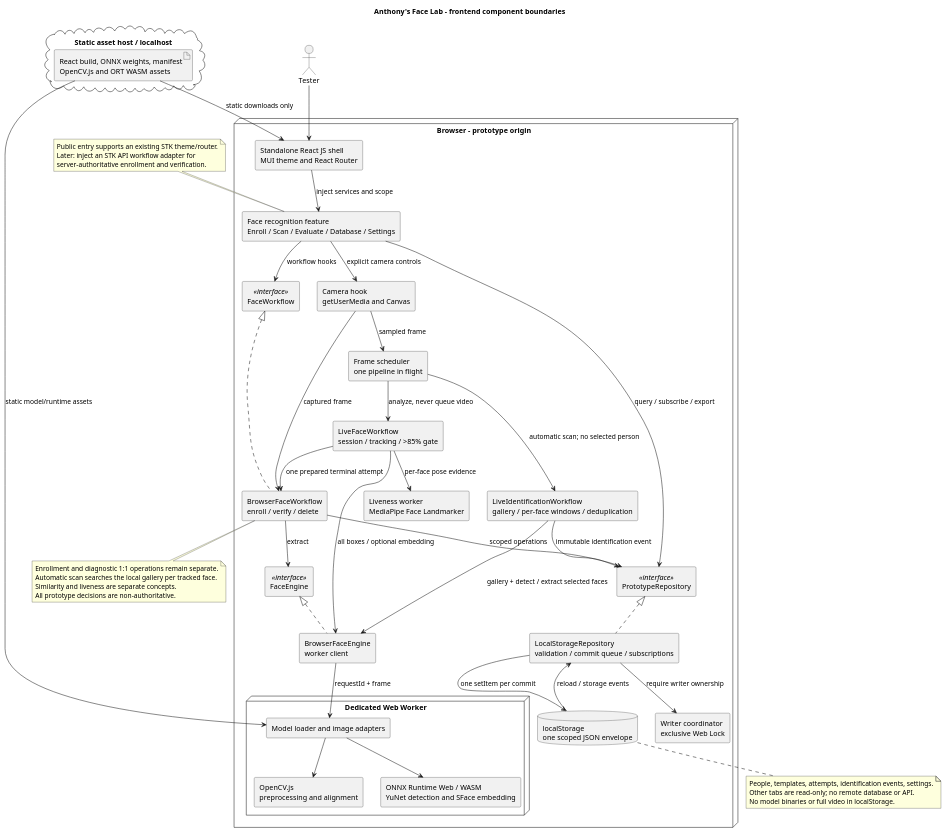
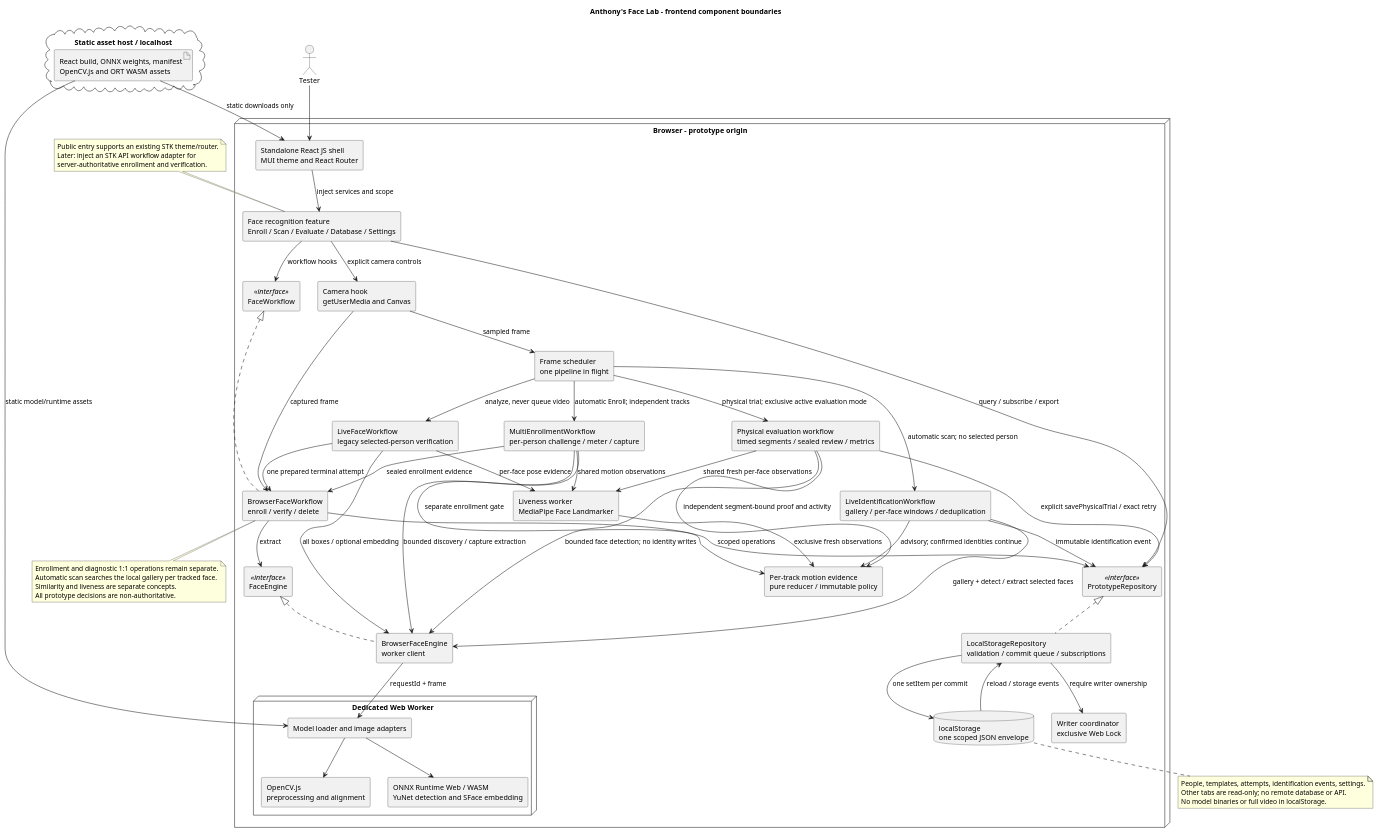
One commit to pixelDigitTony/face-recog-prototype changed the first of 18 diagrams in docs/STK_FACE_RECOGNITION_PROTOTYPE_UML.puml. Above: the diagram before and after it, drawn with PlantUML. The commit also changed other lines of this file and 70 other files, not shown here.

```diff
--- a/docs/STK_FACE_RECOGNITION_PROTOTYPE_UML.puml
+++ b/docs/STK_FACE_RECOGNITION_PROTOTYPE_UML.puml
@@ -5,81 +5,96 @@
 @startuml stk_face_prototype_components
 title Anthony's Face Lab - frontend component boundaries
 top to bottom direction
 skinparam componentStyle rectangle
 skinparam shadowing false
 
 actor Tester
 cloud "Static asset host / localhost" as Assets {
   artifact "React build, ONNX weights, manifest\nOpenCV.js and ORT WASM assets" as Files
 }
 
 node "Browser - prototype origin" as Browser {
   component "Standalone React JS shell\nMUI theme and React Router" as Shell
   component "Face recognition feature\nEnroll / Scan / Evaluate / Database / Settings" as Feature
   component "FaceWorkflow" as WorkflowPort <<interface>>
   component "BrowserFaceWorkflow\nenroll / verify / delete" as Workflow
   component "PrototypeRepository" as RepositoryPort <<interface>>
   component "LocalStorageRepository\nvalidation / commit queue / subscriptions" as Repository
   component "Writer coordinator\nexclusive Web Lock" as Writer
   database "localStorage\none scoped JSON envelope" as Storage
   component "FaceEngine" as EnginePort <<interface>>
   component "BrowserFaceEngine\nworker client" as Engine
   component "Camera hook\ngetUserMedia and Canvas" as Camera
-  component "LiveFaceWorkflow\nsession / tracking / >85% gate" as Live
+  component "LiveFaceWorkflow\nlegacy selected-person verification" as Live
+  component "MultiEnrollmentWorkflow\nper-person challenge / meter / capture" as MultiEnroll
   component "LiveIdentificationWorkflow\ngallery / per-face windows / deduplication" as Identify
   component "Frame scheduler\none pipeline in flight" as Scheduler
   component "Liveness worker\nMediaPipe Face Landmarker" as Liveness
+  component "Per-track motion evidence\npure reducer / immutable policy" as Meter
+  component "Physical evaluation workflow\ntimed segments / sealed review / metrics" as Physical
   node "Dedicated Web Worker" as Worker {
     component "Model loader and image adapters" as Adapters
     component "OpenCV.js\npreprocessing and alignment" as CV
     component "ONNX Runtime Web / WASM\nYuNet detection and SFace embedding" as ORT
   }
 }
 
 Tester --> Shell
 Shell --> Feature : inject services and scope
 Feature --> WorkflowPort : workflow hooks
 WorkflowPort <|.. Workflow
 Feature --> RepositoryPort : query / subscribe / export
 Feature --> Camera : explicit camera controls
 Camera --> Workflow : captured frame
 Camera --> Scheduler : sampled frame
 Scheduler --> Live : analyze, never queue video
+Scheduler --> MultiEnroll : automatic Enroll; independent tracks
 Scheduler --> Identify : automatic scan; no selected person
+Scheduler --> Physical : physical trial; exclusive active evaluation mode
+Physical --> Engine : bounded face detection; no identity writes
+Physical --> Liveness : shared fresh per-face observations
+Physical --> Meter : independent segment-bound proof and activity
+Physical --> RepositoryPort : explicit savePhysicalTrial / exact retry
 Identify --> Engine : gallery + detect / extract selected faces
 Identify --> RepositoryPort : immutable identification event
 Live --> Engine : all boxes / optional embedding
 Live --> Liveness : per-face pose evidence
+MultiEnroll --> Liveness : shared motion observations
+MultiEnroll --> Engine : bounded discovery / capture extraction
+MultiEnroll --> Workflow : sealed enrollment evidence
+Liveness --> Meter : exclusive fresh observations
+Identify --> Meter : advisory; confirmed identities continue
+MultiEnroll --> Meter : separate enrollment gate
 Live --> Workflow : one prepared terminal attempt
 Workflow --> RepositoryPort : scoped operations
 RepositoryPort <|.. Repository
 Repository --> Writer : require writer ownership
 Repository --> Storage : one setItem per commit
 Storage --> Repository : reload / storage events
 Workflow --> EnginePort : extract
 EnginePort <|.. Engine
 Engine --> Adapters : requestId + frame
 Adapters --> CV
 Adapters --> ORT
 Files --> Shell : static downloads only
 Files --> Adapters : static model/runtime assets
 
 note bottom of Workflow
   Enrollment and diagnostic 1:1 operations remain separate.
   Automatic scan searches the local gallery per tracked face.
   Similarity and liveness are separate concepts.
   All prototype decisions are non-authoritative.
 end note
 
 note bottom of Storage
   People, templates, attempts, identification events, settings.
   Other tabs are read-only; no remote database or API.
   No model binaries or full video in localStorage.
 end note
 
 note top of Feature
   Public entry supports an existing STK theme/router.
   Later: inject an STK API workflow adapter for
   server-authoritative enrollment and verification.
 end note
 @enduml
```
